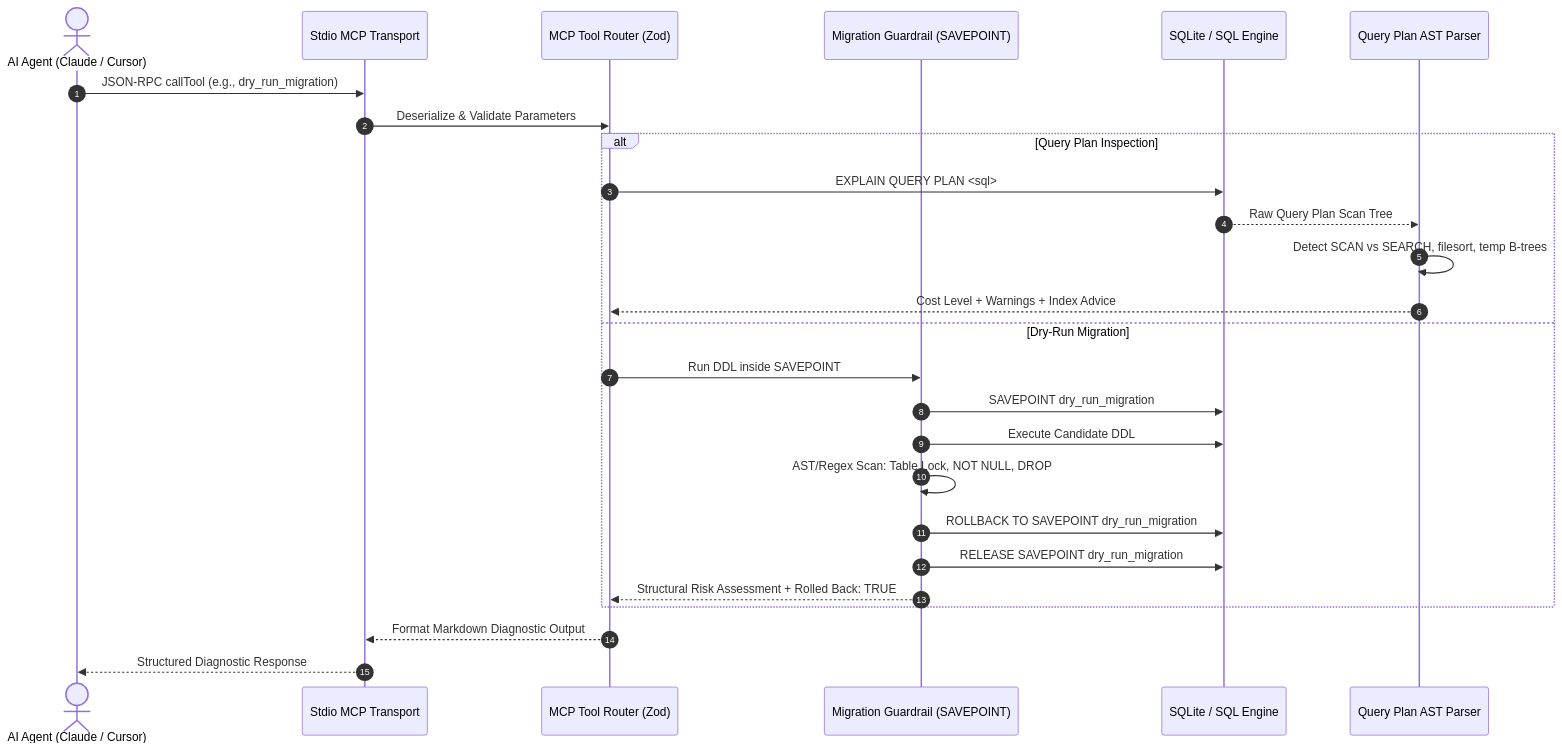
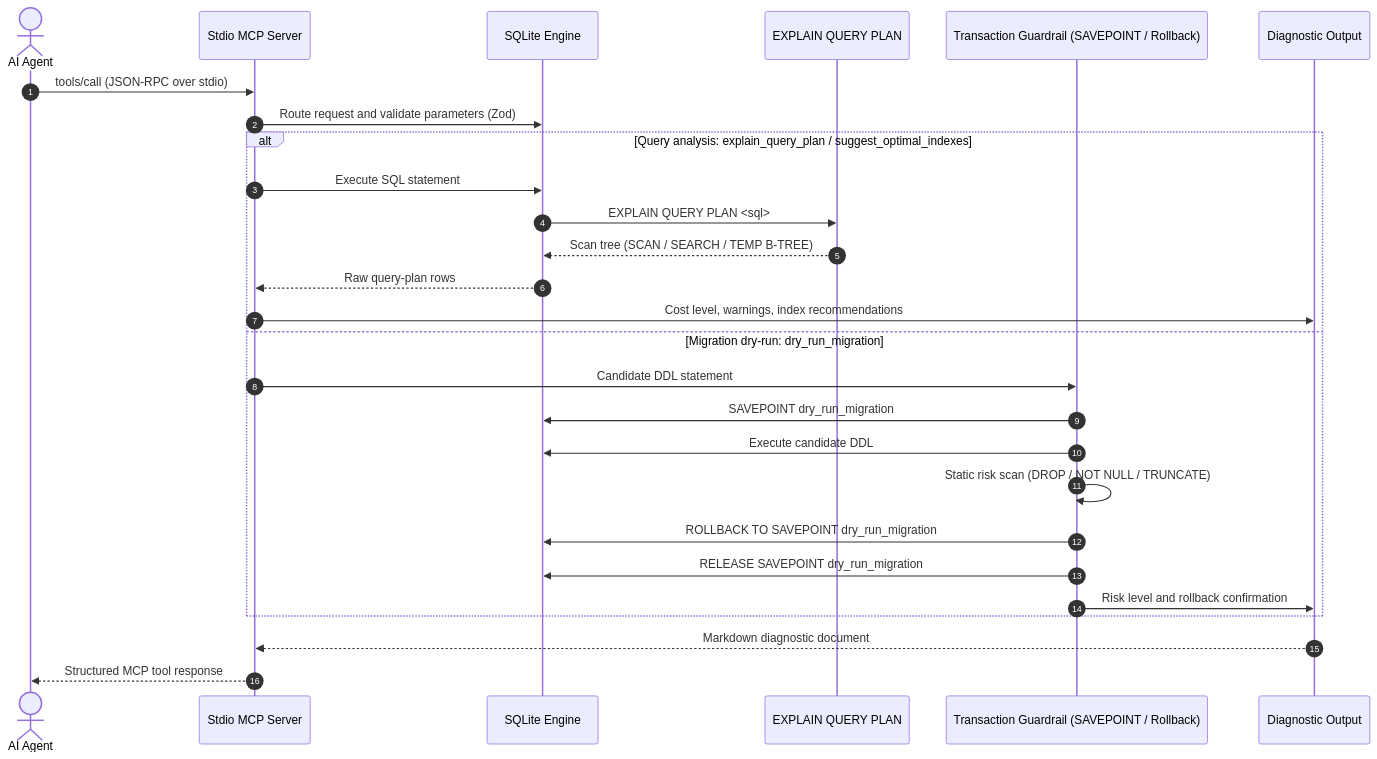
One commit to thedailyhub31-blip/intelligent-db-dba-mcp-server changed the diagram in README.md. Above: the diagram before and after it, drawn with Mermaid. The commit also changed other lines of this file and 1 other file, not shown here.

Commit message:
feat: initial implementation of Intelligent DB DBA MCP server

````diff
--- a/README.md
+++ b/README.md
@@ -18,29 +18,32 @@
 ```mermaid
 sequenceDiagram
     autonumber
-    actor Agent as AI Agent (Claude / Cursor)
-    participant Stdio as Stdio MCP Transport
-    participant Router as MCP Tool Router (Zod)
-    participant Guardrail as Migration Guardrail (SAVEPOINT)
-    participant Engine as SQLite / SQL Engine
-    participant AST as Query Plan AST Parser
+    actor Agent as AI Agent
+    participant MCP as Stdio MCP Server
+    participant DB as SQLite Engine
+    participant Plan as EXPLAIN QUERY PLAN
+    participant Guard as Transaction Guardrail (SAVEPOINT / Rollback)
+    participant Out as Diagnostic Output
 
-    Agent->>Stdio: JSON-RPC callTool (e.g., dry_run_migration)
-    Stdio->>Router: Deserialize & Validate Parameters
-    alt Query Plan Inspection
-        Router->>Engine: EXPLAIN QUERY PLAN <sql>
-        Engine-->>AST: Raw Query Plan Scan Tree
-        AST->>AST: Detect SCAN vs SEARCH, filesort, temp B-trees
-        AST-->>Router: Cost Level + Warnings + Index Advice
-    else Dry-Run Migration
-        Router->>Guardrail: Run DDL inside SAVEPOINT
-        Guardrail->>Engine: SAVEPOINT dry_run_migration
-        Guardrail->>Engine: Execute Candidate DDL
-        Guardrail->>Guardrail: AST/Regex Scan: Table Lock, NOT NULL, DROP
-        Guardrail->>Engine: ROLLBACK TO SAVEPOINT dry_run_migration
-        Guardrail->>Engine: RELEASE SAVEPOINT dry_run_migration
-        Guardrail-->>Router: Structural Risk Assessment + Rolled Back: TRUE
+    Agent->>MCP: tools/call (JSON-RPC over stdio)
+    MCP->>DB: Route request and validate parameters (Zod)
+
+    alt Query analysis: explain_query_plan / suggest_optimal_indexes
+        MCP->>DB: Execute SQL statement
+        DB->>Plan: EXPLAIN QUERY PLAN <sql>
+        Plan-->>DB: Scan tree (SCAN / SEARCH / TEMP B-TREE)
+        DB-->>MCP: Raw query-plan rows
+        MCP->>Out: Cost level, warnings, index recommendations
+    else Migration dry-run: dry_run_migration
+        MCP->>Guard: Candidate DDL statement
+        Guard->>DB: SAVEPOINT dry_run_migration
+        Guard->>DB: Execute candidate DDL
+        Guard->>Guard: Static risk scan (DROP / NOT NULL / TRUNCATE)
+        Guard->>DB: ROLLBACK TO SAVEPOINT dry_run_migration
+        Guard->>DB: RELEASE SAVEPOINT dry_run_migration
+        Guard->>Out: Risk level and rollback confirmation
     end
-    Router-->>Stdio: Format Markdown Diagnostic Output
-    Stdio-->>Agent: Structured Diagnostic Response
+
+    Out-->>MCP: Markdown diagnostic document
+    MCP-->>Agent: Structured MCP tool response
 ```
````
